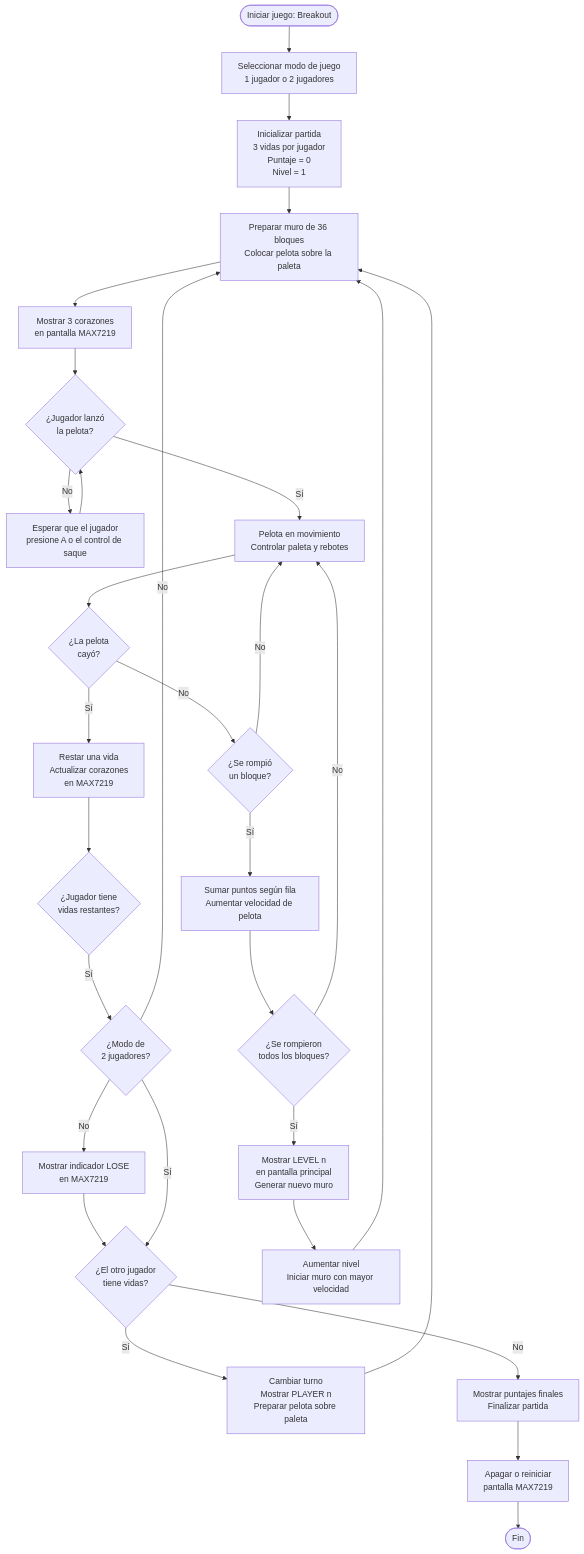
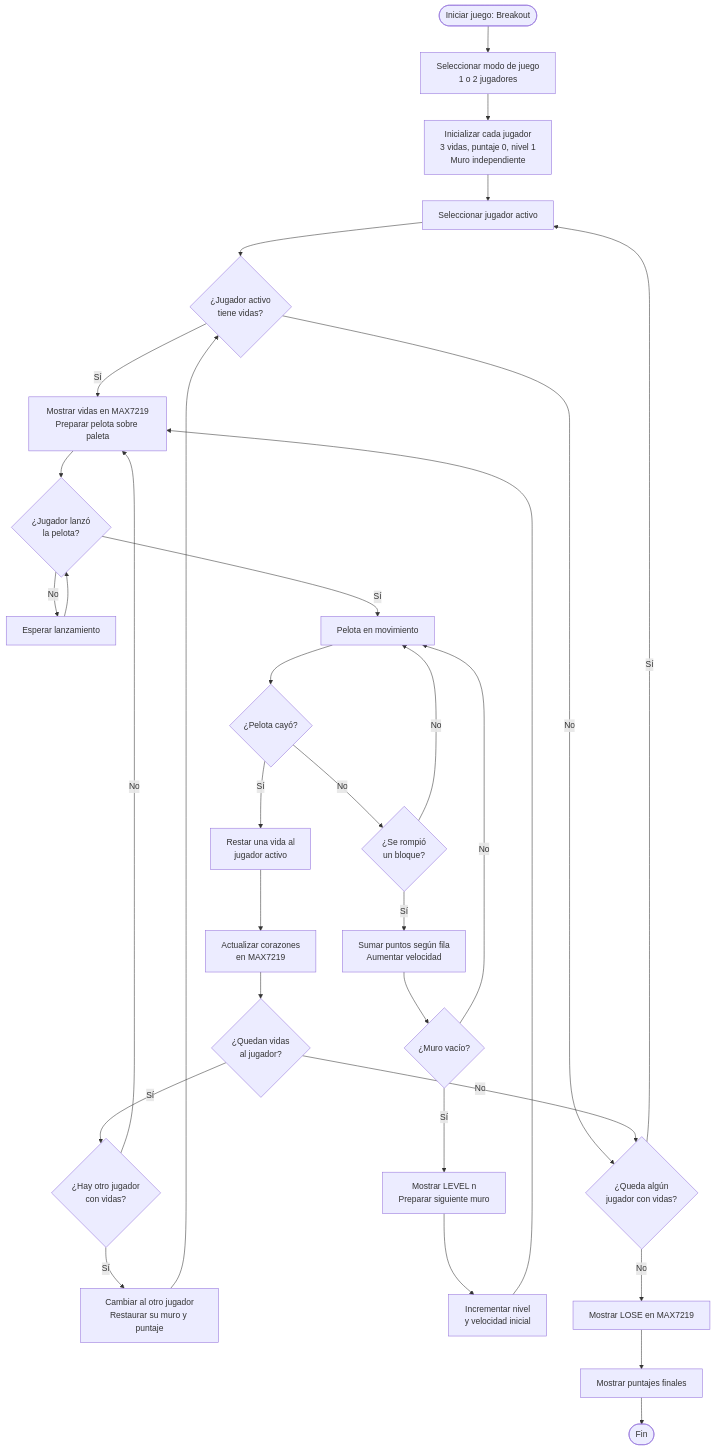
The fifth of 5 diagrams in docs/Diagrama-juegos/Diagrama-por-juegos.md (KUBIX2026/MAX7219-), drawn with Mermaid before and after one commit.

Commit message:
Refactor Breakout game flowchart for clarity

````diff
--- a/docs/Diagrama-juegos/Diagrama-por-juegos.md
+++ b/docs/Diagrama-juegos/Diagrama-por-juegos.md
@@ -207,88 +207,65 @@
 ```mermaid
+
 
 flowchart TD
     A(["Iniciar juego: Breakout"])
+    B["Seleccionar modo de juego<br/>1 o 2 jugadores"]
+    C["Inicializar cada jugador<br/>3 vidas, puntaje 0, nivel 1<br/>Muro independiente"]
+    D["Seleccionar jugador activo"]
+    E{"¿Jugador activo<br/>tiene vidas?"}
+    F["Mostrar vidas en MAX7219<br/>Preparar pelota sobre paleta"]
+    G{"¿Jugador lanzó<br/>la pelota?"}
+    H["Esperar lanzamiento"]
+    I["Pelota en movimiento"]
+    J{"¿Pelota cayó?"}
+    K["Restar una vida al<br/>jugador activo"]
+    L["Actualizar corazones<br/>en MAX7219"]
+    M{"¿Quedan vidas<br/>al jugador?"}
+    N{"¿Hay otro jugador<br/>con vidas?"}
+    O["Cambiar al otro jugador<br/>Restaurar su muro y puntaje"]
+    P{"¿Se rompió<br/>un bloque?"}
+    Q["Sumar puntos según fila<br/>Aumentar velocidad"]
+    R{"¿Muro vacío?"}
+    S["Mostrar LEVEL n<br/>Preparar siguiente muro"]
+    T["Incrementar nivel<br/>y velocidad inicial"]
+    U["Mostrar LOSE en MAX7219"]
+    V["Mostrar puntajes finales"]
+    W(["Fin"])
+    X{"¿Queda algún<br/>jugador con vidas?"}
 
-    B["Seleccionar modo de juego<br/>1 jugador o 2 jugadores"]
+    A --> B --> C --> D --> E
 
-    C["Inicializar partida<br/>3 vidas por jugador<br/>Puntaje = 0<br/>Nivel = 1"]
+    E -->|Sí| F
+    E -->|No| X
+    X -->|Sí| D
+    X -->|No| U
 
-    D["Preparar muro de 36 bloques<br/>Colocar pelota sobre la paleta"]
+    F --> G
+    G -->|No| H
+    H --> G
+    G -->|Sí| I
 
-    E["Mostrar 3 corazones<br/>en pantalla MAX7219"]
+    I --> J
 
-    F{"¿Jugador lanzó<br/>la pelota?"}
+    J -->|No| P
+    P -->|No| I
+    P -->|Sí| Q
+    Q --> R
+    R -->|No| I
+    R -->|Sí| S
+    S --> T
+    T --> F
 
-    G["Esperar que el jugador<br/>presione A o el control de saque"]
-
-    H["Pelota en movimiento<br/>Controlar paleta y rebotes"]
-
-    I{"¿La pelota<br/>cayó?"}
-
-    J["Restar una vida<br/>Actualizar corazones<br/>en MAX7219"]
-
-    K{"¿Jugador tiene<br/>vidas restantes?"}
-
-    L{"¿Modo de<br/>2 jugadores?"}
-
-    M{"¿El otro jugador<br/>tiene vidas?"}
-
-    N["Cambiar turno<br/>Mostrar PLAYER n<br/>Preparar pelota sobre paleta"]
-
-    O["Mostrar indicador LOSE<br/>en MAX7219"]
-
-    P{"¿Se rompió<br/>un bloque?"}
-
-    Q["Sumar puntos según fila<br/>Aumentar velocidad de pelota"]
-
-    R{"¿Se rompieron<br/>todos los bloques?"}
-
-    S["Mostrar LEVEL n<br/>en pantalla principal<br/>Generar nuevo muro"]
-
-    T["Aumentar nivel<br/>Iniciar muro con mayor velocidad"]
-
-    U["Mostrar puntajes finales<br/>Finalizar partida"]
-
-    V["Apagar o reiniciar<br/>pantalla MAX7219"]
-
-    W(["Fin"])
-
-    A --> B --> C --> D --> E --> F
-
-    F -->|No| G
-    G --> F
-
-    F -->|Sí| H
-    H --> I
-
-    I -->|Sí| J
-    J --> K
-
-    K -->|Sí| L
-    L -->|No| O
-
-    O --> M
-
-    I -->|No| P
-
-    P -->|Sí| Q
-    P -->|No| H
-
-    Q --> R
-
-    R -->|No| H
-    R -->|Sí| S
-
-    S --> T
-    T --> D
-
-    L -->|No| D
-    L -->|Sí| M
+    J -->|Sí| K
+    K --> L
+    L --> M
 
     M -->|Sí| N
-    N --> D
+    M -->|No| X
 
-    M -->|No| U
+    N -->|Sí| O
+    N -->|No| F
+    O --> E
 
     U --> V --> W
 ```
````
